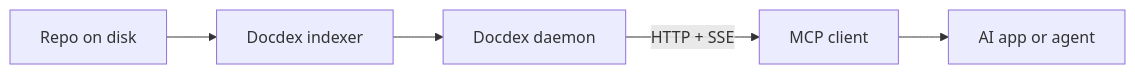
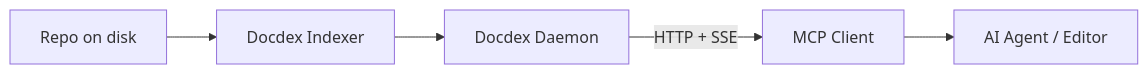
The diagram in README.md (bekirdag/docdex), drawn with Mermaid before and after one commit. The commit also changed other lines of this file and 1 other file, not shown here.

````diff
--- a/README.md
+++ b/README.md
@@ -159,7 +95,8 @@
 ```mermaid
 flowchart LR
-  Repo[Repo on disk] --> Indexer[Docdex indexer]
-  Indexer --> Daemon[Docdex daemon]
-  Daemon -->|HTTP + SSE| MCPClient[MCP client]
-  MCPClient --> Host[AI app or agent]
+  Repo[Repo on disk] --> Indexer[Docdex Indexer]
+  Indexer --> Daemon[Docdex Daemon]
+  Daemon -->|HTTP + SSE| MCPClient[MCP Client]
+  MCPClient --> Host[AI Agent / Editor]
+
 ```
````
